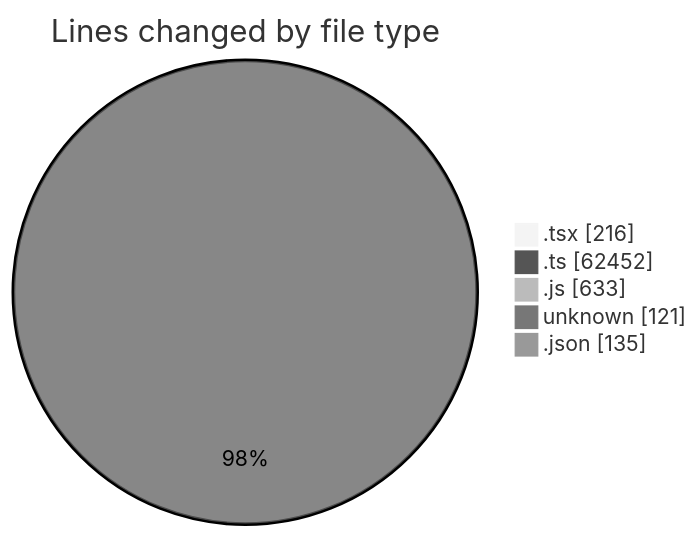
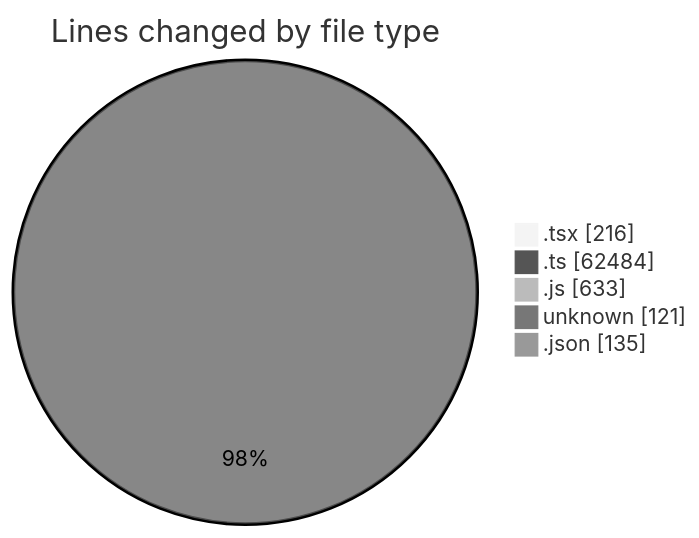
Before and after one commit to momahboobian/code-tracking: the first of 2 diagrams in 2026-06-01/cda/README.md, drawn with Mermaid (neutral theme). The commit also changed other lines of this file and 1 other file, not shown here.

````diff
--- a/2026-06-01/cda/README.md
+++ b/2026-06-01/cda/README.md
@@ -52,9 +52,9 @@
 ```mermaid
 pie showData
 title Lines changed by file type
 ".tsx" : 216
-".ts" : 62452
+".ts" : 62484
 ".js" : 633
 "unknown" : 121
 ".json" : 135
 ```
````
